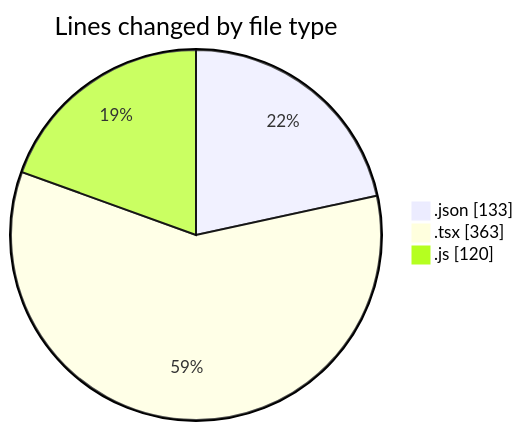
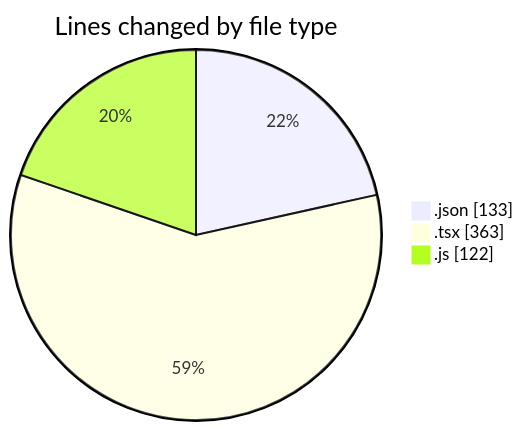
One commit to momahboobian/code-tracking changed the first of 2 diagrams in 2026-01-14/cda/README.md. Above: the diagram before and after it, drawn with Mermaid. The commit also changed other lines of this file and 1 other file, not shown here.

````diff
--- a/2026-01-14/cda/README.md
+++ b/2026-01-14/cda/README.md
@@ -25,7 +25,7 @@
 ```mermaid
 pie showData
 title Lines changed by file type
 ".json" : 133
 ".tsx" : 363
-".js" : 120
+".js" : 122
 ```
````
